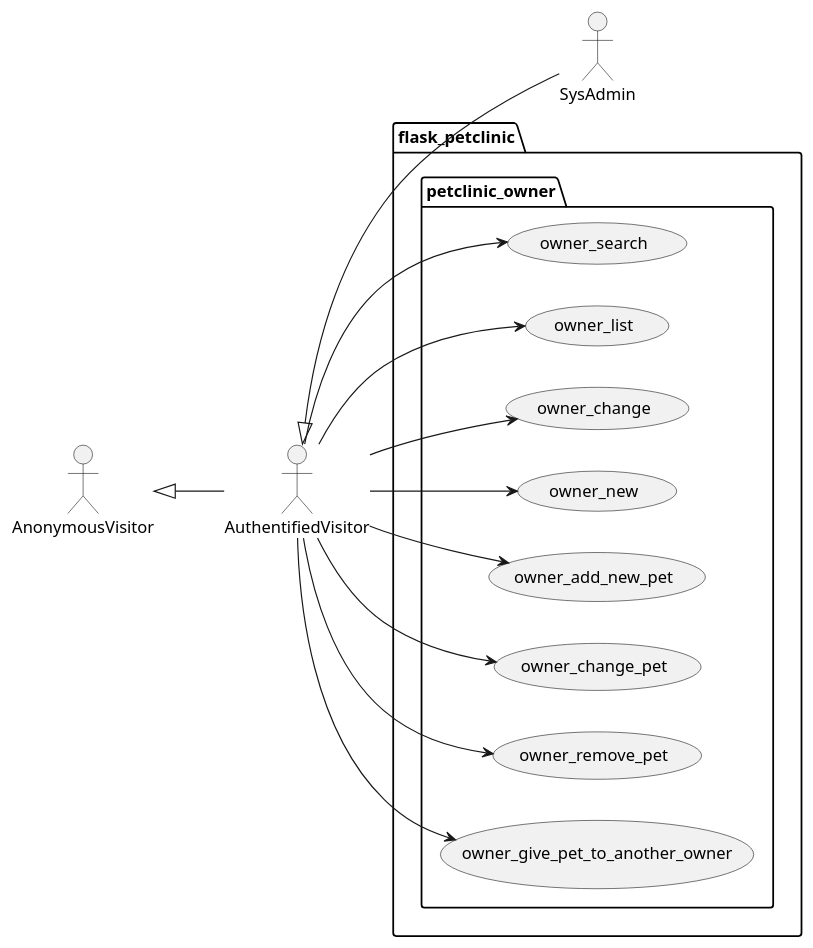
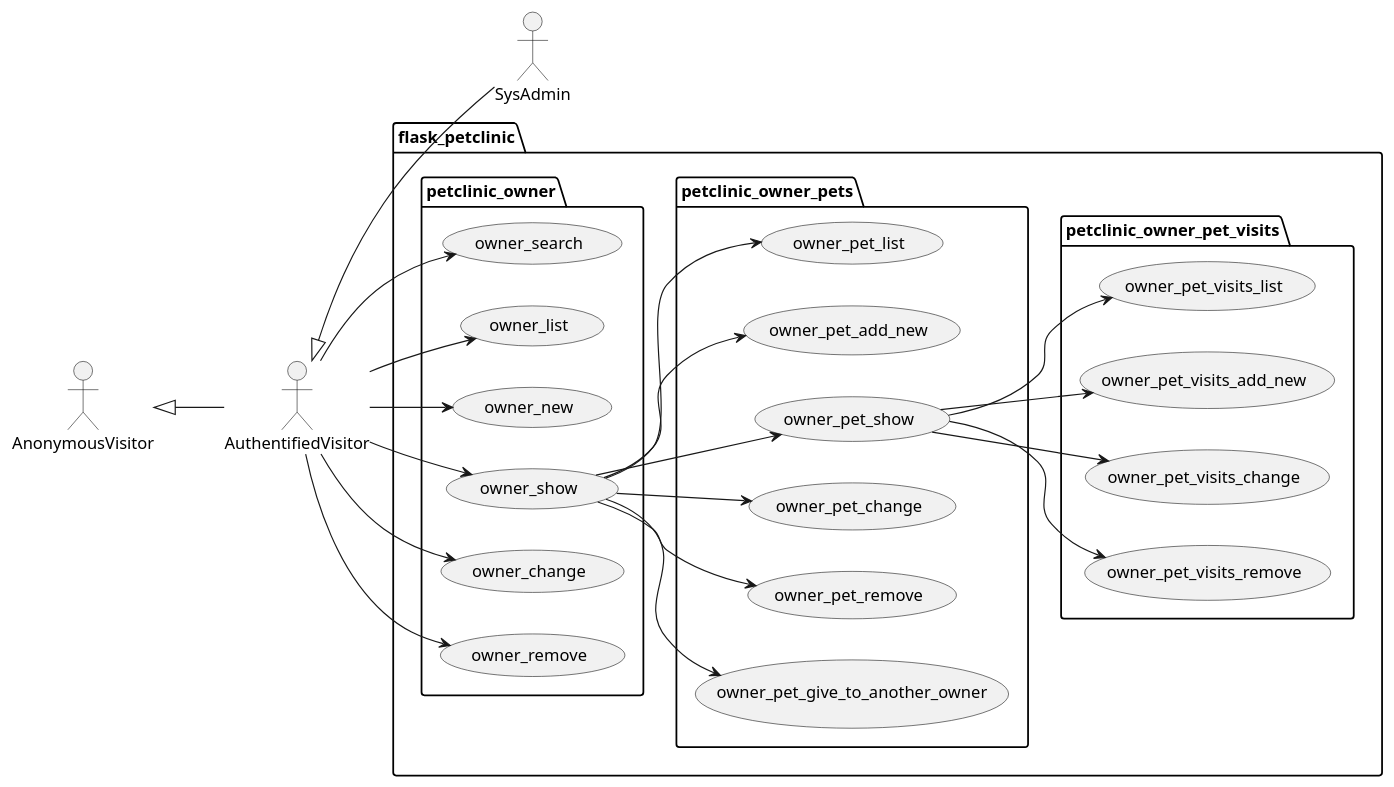
The diagram in project/petclinic_model/owner.puml (Jakarta-EE-Petclinic/petclinic_flask), drawn with PlantUML before and after one commit. The commit also changed 12 other files, not shown here.

```diff
--- a/project/petclinic_model/owner.puml
+++ b/project/petclinic_model/owner.puml
@@ -1,36 +1,62 @@
 @startuml
 left to right direction
 
 actor AnonymousVisitor as av
 actor AuthentifiedVisitor as au
 actor SysAdmin as sa
 
 av <|-- au
 au <|-- sa
 
 package flask_petclinic {
 
     package petclinic_owner {
 
         usecase owner_search as uc6000
         usecase owner_list as uc6001
-        usecase owner_change as uc6002
-        usecase owner_new as uc6003
-
-        usecase owner_add_new_pet as uc6004
-        usecase owner_change_pet as uc6005
-        usecase owner_remove_pet as uc6006
-        usecase owner_give_pet_to_another_owner as uc6007
+        usecase owner_new as uc6002
+        usecase owner_show as uc6003
+        usecase owner_change as uc6004
+        usecase owner_remove as uc6005
 
         au --> uc6000
         au --> uc6001
         au --> uc6002
         au --> uc6003
         au --> uc6004
         au --> uc6005
-        au --> uc6006
-        au --> uc6007
+
+    }
+
+    package petclinic_owner_pets {
+
+        usecase owner_pet_list as uc5010
+        usecase owner_pet_add_new as uc5011
+        usecase owner_pet_show as uc5012
+        usecase owner_pet_change as uc5013
+        usecase owner_pet_remove as uc5014
+        usecase owner_pet_give_to_another_owner as uc5015
+
+        uc6003 --> uc5010
+        uc6003 --> uc5011
+        uc6003 --> uc5012
+        uc6003 --> uc5013
+        uc6003 --> uc5014
+        uc6003 --> uc5015
+    }
+
+    package petclinic_owner_pet_visits {
+
+        usecase owner_pet_visits_list as uc7010
+        usecase owner_pet_visits_add_new as uc7011
+        usecase owner_pet_visits_change as uc7012
+        usecase owner_pet_visits_remove as uc7013
+
+        uc5012 --> uc7010
+        uc5012 --> uc7011
+        uc5012 --> uc7012
+        uc5012 --> uc7013
     }
 
 }
 @enduml
```
